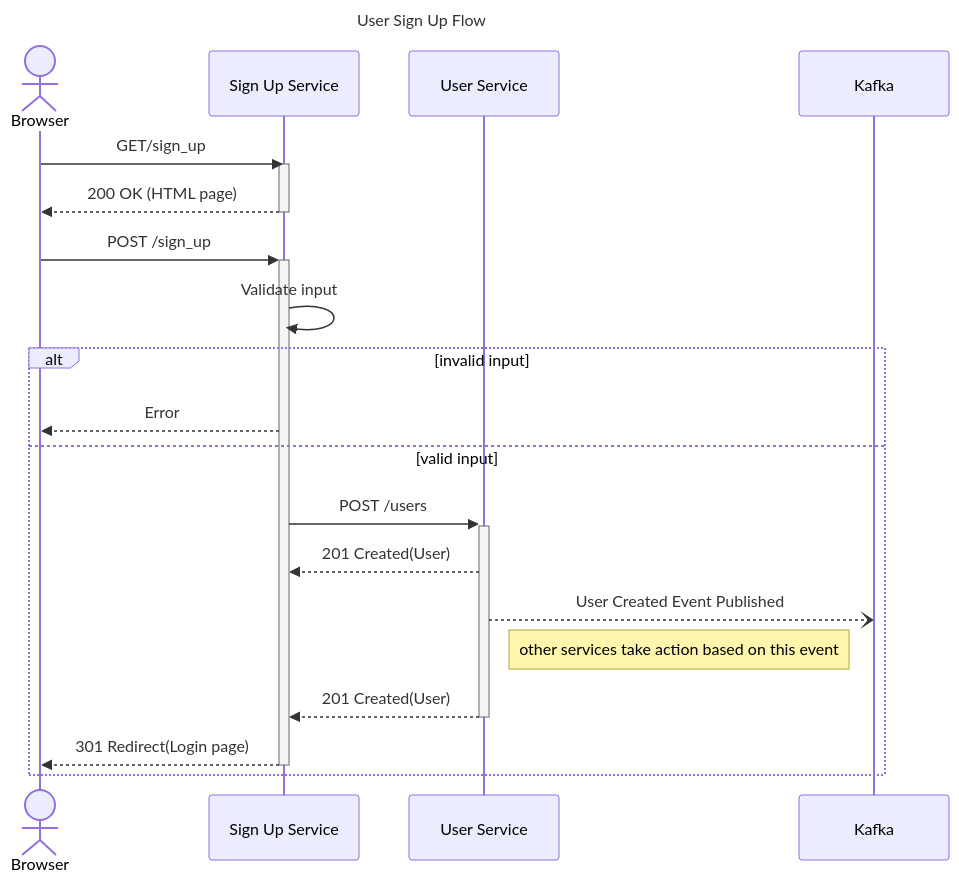
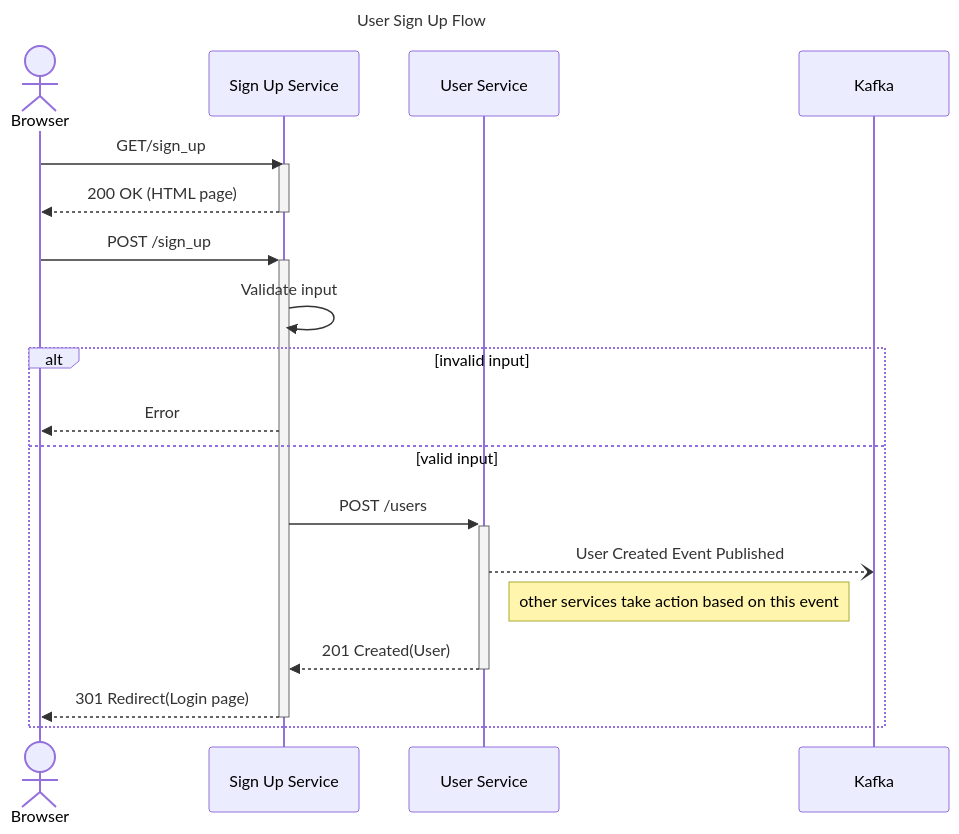
Diagram 13 of 13 in README.md (TomSpencerLondon/Domain-Modelling), drawn with Mermaid before and after one commit. The commit also changed other lines of this file, not shown here.

Commit message:
Correct diagrams

````diff
--- a/README.md
+++ b/README.md
@@ -246,30 +245,29 @@
 ```mermaid
 ---
 title: User Sign Up Flow
 ---
 
 sequenceDiagram
     actor Browser
     participant Sign Up Service
     participant User Service
     participant Kafka
     
     Browser->>Sign Up Service: GET/sign_up
     activate Sign Up Service
     Sign Up Service-->>Browser: 200 OK (HTML page)
     deactivate Sign Up Service
     
     Browser->>+Sign Up Service: POST /sign_up
     Sign Up Service->>Sign Up Service: Validate input
     
     alt invalid input
         Sign Up Service-->>Browser: Error
     else valid input
         Sign Up Service->>+User Service: POST /users
-        User Service-->>Sign Up Service: 201 Created(User)
         User Service--)Kafka: User Created Event Published
         Note left of Kafka: other services take action based on this event
         User Service-->>-Sign Up Service: 201 Created(User)
         Sign Up Service-->>-Browser: 301 Redirect(Login page)
     end
 ```
````
